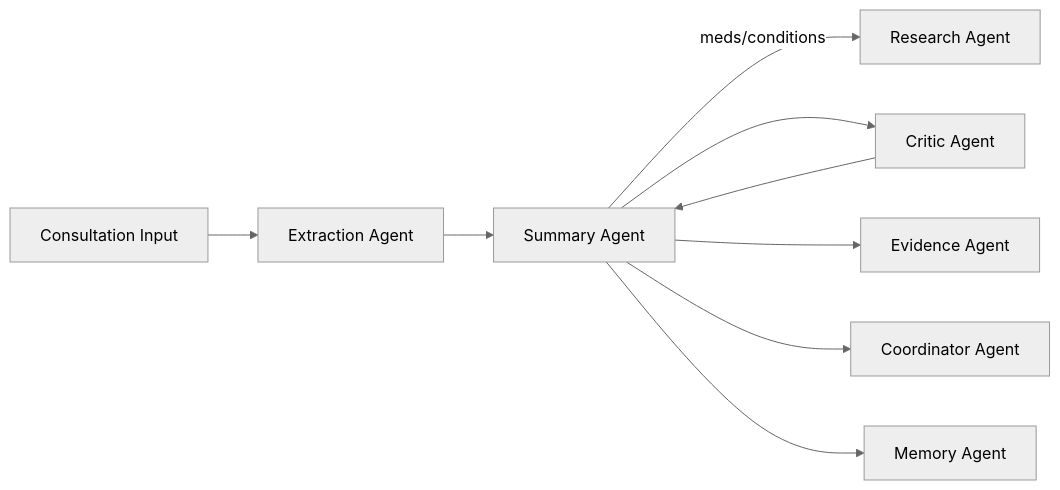
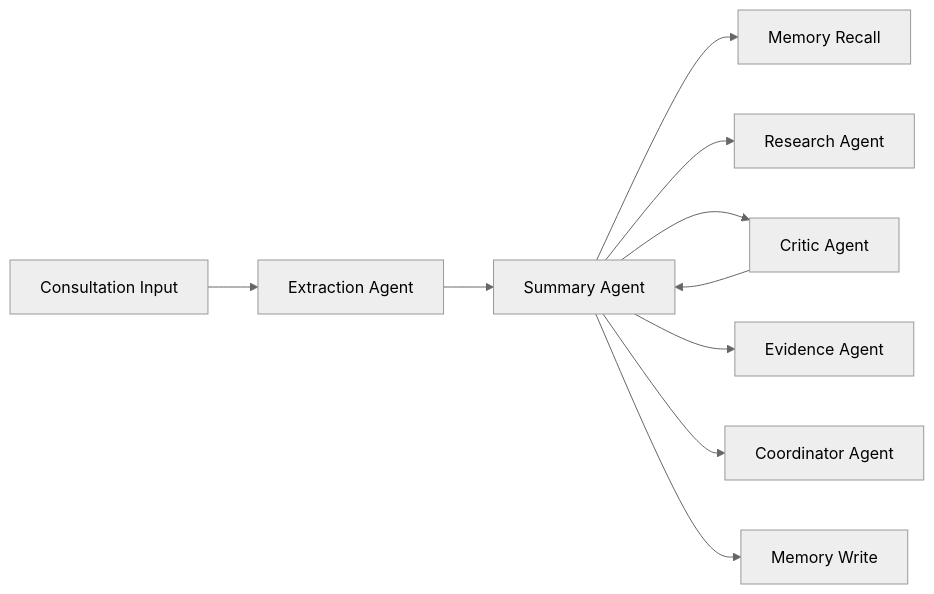
Before and after one commit to rhyegacillos/agents-app: the diagram in CAPSTONE.md, drawn with Mermaid (neutral theme). The commit also changed other lines of this file and 14 other files, not shown here.

````diff
--- a/CAPSTONE.md
+++ b/CAPSTONE.md
@@ -27,11 +50,12 @@
 ```mermaid
 flowchart LR
     U[Consultation Input] --> E[Extraction Agent]
     E --> S[Summary Agent]
-    S -->|meds/conditions| R[Research Agent]
+    S --> M[Memory Recall]
+    S --> R[Research Agent]
     S --> C[Critic Agent]
     C --> S
     S --> EV[Evidence Agent]
     S --> CO[Coordinator Agent]
-    S --> M[Memory Agent]
+    S --> MW[Memory Write]
 ```
````
